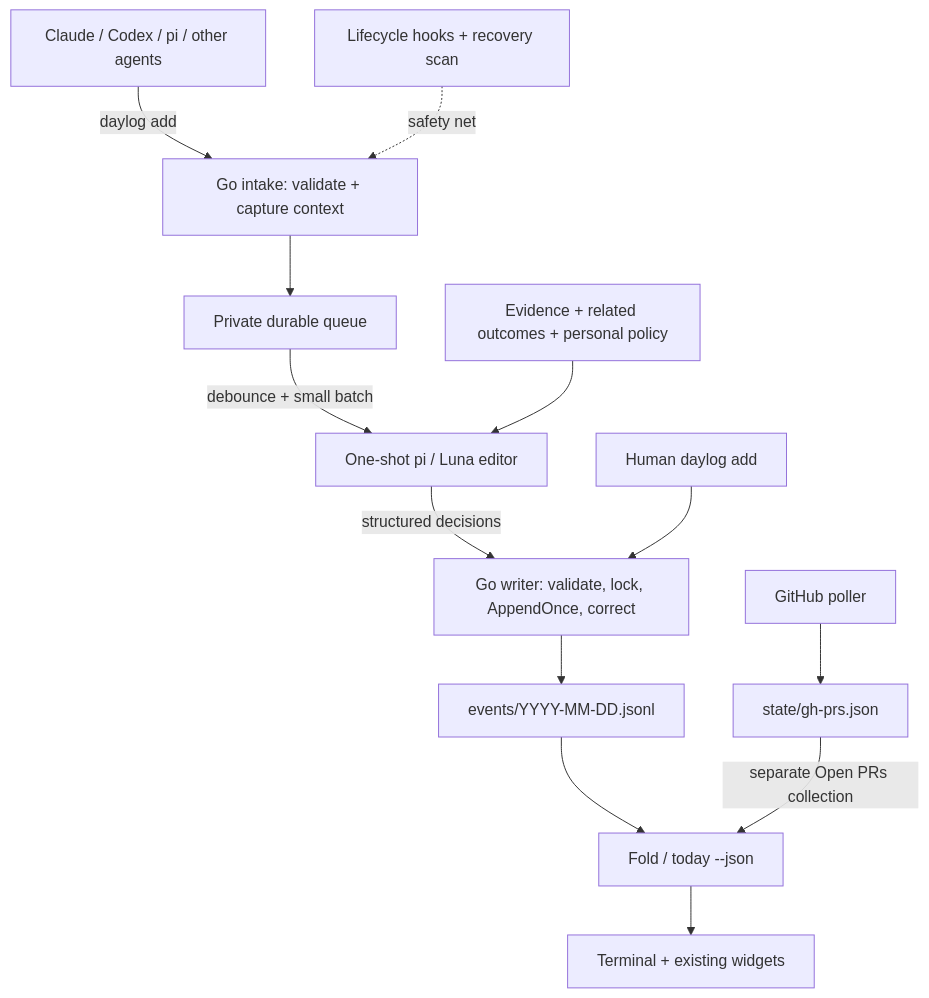
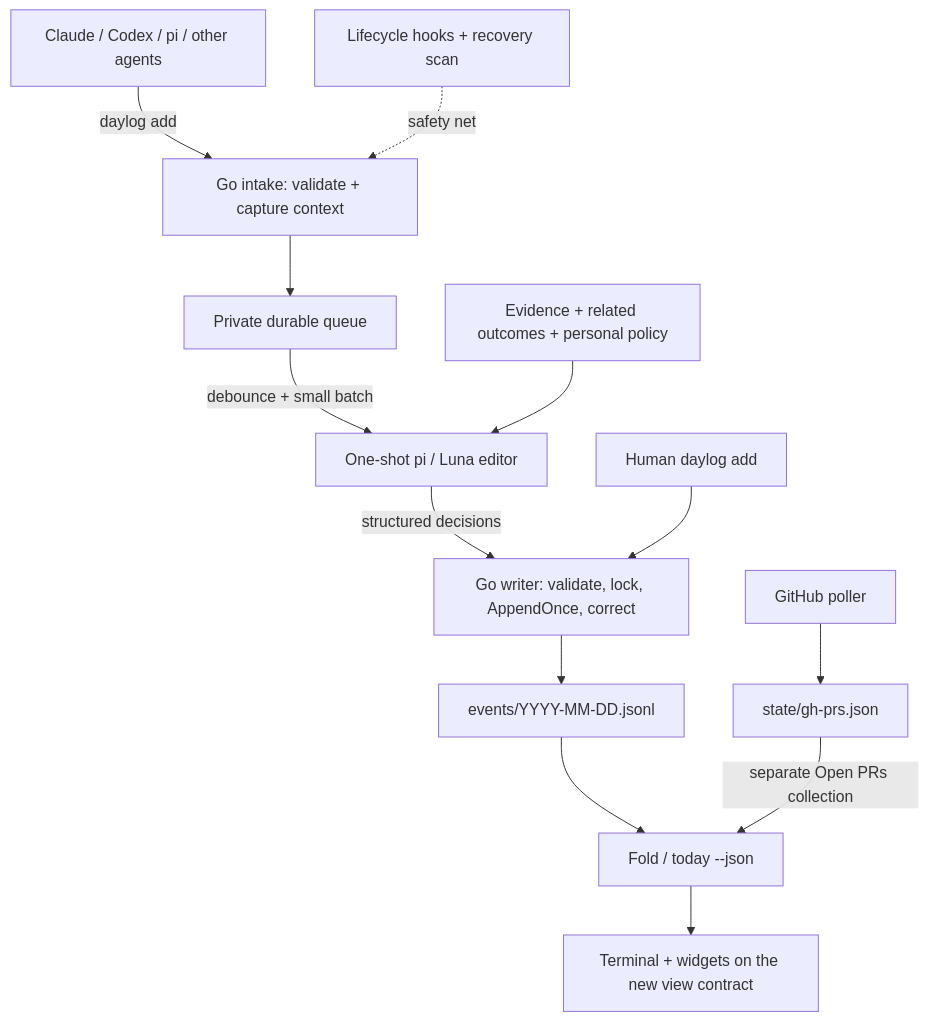
One commit to drdreo/daylog changed the diagram in docs/gatekeeper-plan.md. Above: the diagram before and after it, drawn with Mermaid. The commit also changed other lines of this file and 3 other files, not shown here.

````diff
--- a/docs/gatekeeper-plan.md
+++ b/docs/gatekeeper-plan.md
@@ -21,15 +25,15 @@
 ```mermaid
 flowchart TD
     agents["Claude / Codex / pi / other agents"] -->|daylog add| intake
     fallback["Lifecycle hooks + recovery scan"] -.->|safety net| intake
     intake["Go intake: validate + capture context"] --> queue["Private durable queue"]
     queue -->|debounce + small batch| editor["One-shot pi / Luna editor"]
     evidence["Evidence + related outcomes + personal policy"] --> editor
     editor -->|structured decisions| writer["Go writer: validate, lock, AppendOnce, correct"]
     human["Human daylog add"] --> writer
     writer --> ledger["events/YYYY-MM-DD.jsonl"]
     ledger --> view["Fold / today --json"]
-    view --> widgets["Terminal + existing widgets"]
+    view --> widgets["Terminal + widgets on the new view contract"]
     poller["GitHub poller"] --> snapshot["state/gh-prs.json"]
     snapshot -->|separate Open PRs collection| view
 ```
````
